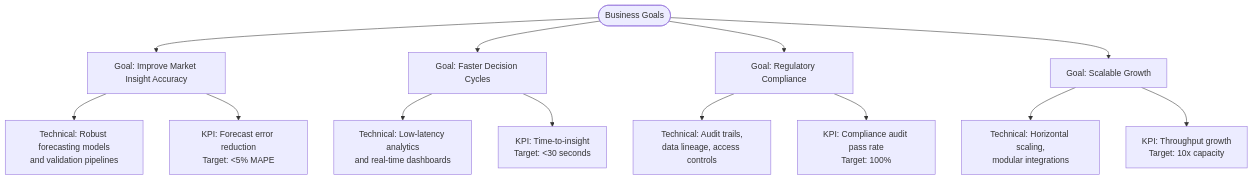
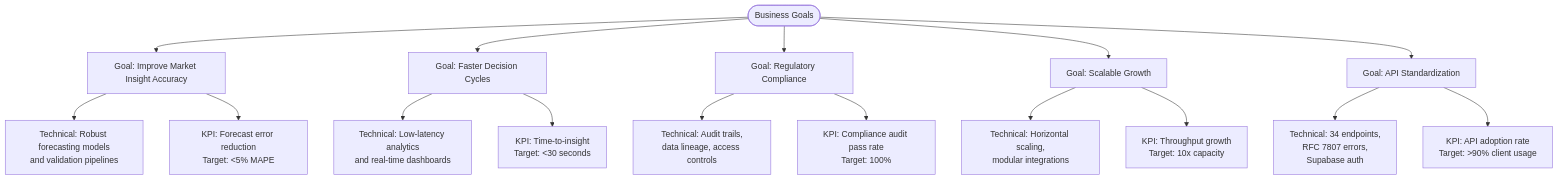
One commit to od3n/forecastiq changed the fourth of 8 diagrams in .qoder/repowiki/en/content/Business Requirements & Analysis.md. Above: the diagram before and after it, drawn with Mermaid. The commit also changed other lines of this file and 3 other files, not shown here.

````diff
--- a/.qoder/repowiki/en/content/Business Requirements & Analysis.md
+++ b/.qoder/repowiki/en/content/Business Requirements & Analysis.md
@@ -196,15 +313,18 @@
 ```mermaid
 flowchart TD
 Start(["Business Goals"]) --> GA["Goal: Improve Market Insight Accuracy"]
 GA --> TGA["Technical: Robust forecasting models<br/>and validation pipelines"]
 GA --> KPI1["KPI: Forecast error reduction<br/>Target: <5% MAPE"]
 Start --> GB["Goal: Faster Decision Cycles"]
 GB --> TGB["Technical: Low-latency analytics<br/>and real-time dashboards"]
 GB --> KPI2["KPI: Time-to-insight<br/>Target: <30 seconds"]
 Start --> GC["Goal: Regulatory Compliance"]
 GC --> TGC["Technical: Audit trails,<br/>data lineage, access controls"]
 GC --> KPI3["KPI: Compliance audit pass rate<br/>Target: 100%"]
 Start --> GD["Goal: Scalable Growth"]
 GD --> TGD["Technical: Horizontal scaling,<br/>modular integrations"]
 GD --> KPI4["KPI: Throughput growth<br/>Target: 10x capacity"]
+Start --> GE["Goal: API Standardization"]
+GE --> TGE["Technical: 34 endpoints,<br/>RFC 7807 errors,<br/>Supabase auth"]
+GE --> KPI5["KPI: API adoption rate<br/>Target: >90% client usage"]
 ```
````
